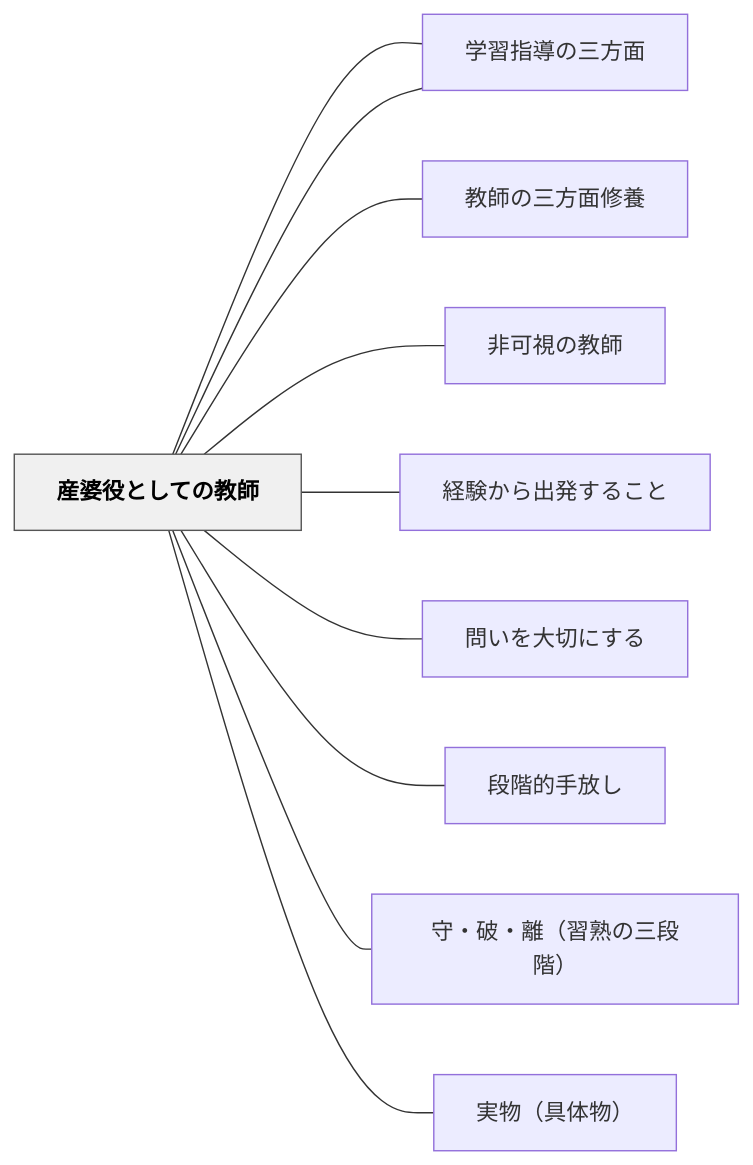
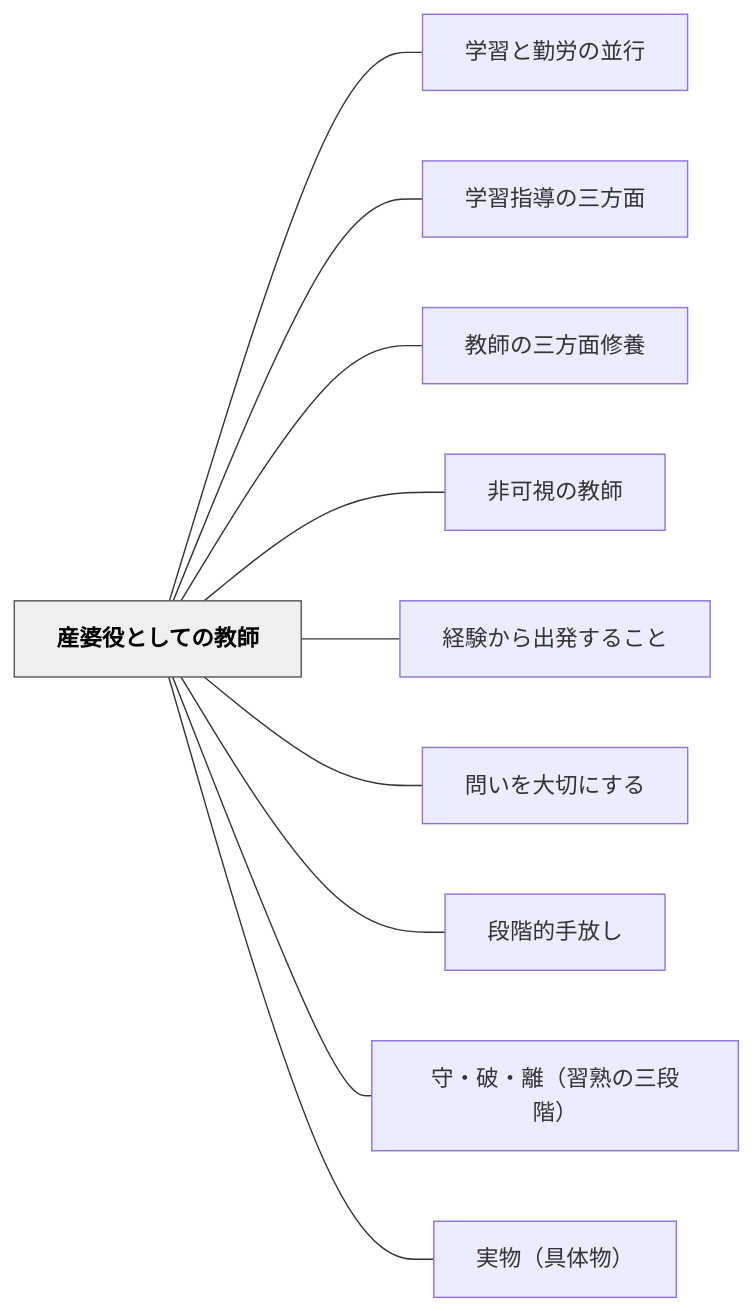
Before and after one commit to unknownthings-ed-patterns/unknownthings-ed-patterns: the diagram in content/パタン/産婆役としての教師.md, drawn with Mermaid. The commit also changed 527 other files, not shown here.

````diff
--- a/content/パタン/産婆役としての教師.md
+++ b/content/パタン/産婆役としての教師.md
@@ -130,26 +130,26 @@
 ```mermaid
 flowchart LR
-    ne794a3e5a986["産婆役としての教師"]
-    ne5ada6e7bf92["学習と勤労の並行"]
-    ne5ada6e7bf92["学習指導の三方面"]
-    ne69599e5b8ab["教師の三方面修養"]
-    ne99d9ee58faf["非可視の教師"]
-    ne7b58ce9a893["経験から出発すること"]
-    ne5958fe38184["問いを大切にする"]
-    ne6aeb5e99a8e["段階的手放し"]
-    ne5ae88e383bb["守・破・離（習熟の三段階）"]
-    ne5ae9fe789a9["実物（具体物）"]
+    ne794a3e5a986e5bdb9e381a8e38197e381a6e381aee69599e5b8ab["産婆役としての教師"]
+    ne5ada6e7bf92e381a8e58ba4e58ab4e381aee4b8a6e8a18c["学習と勤労の並行"]
+    ne5ada6e7bf92e68c87e5b08ee381aee4b889e696b9e99da2["学習指導の三方面"]
+    ne69599e5b8abe381aee4b889e696b9e99da2e4bfaee9a48a["教師の三方面修養"]
+    ne99d9ee58fafe8a696e381aee69599e5b8ab["非可視の教師"]
+    ne7b58ce9a893e3818be38289e587bae799bae38199e3828be38193e381a8["経験から出発すること"]
+    ne5958fe38184e38292e5a4a7e58887e381abe38199e3828b["問いを大切にする"]
+    ne6aeb5e99a8ee79a84e6898be694bee38197["段階的手放し"]
+    ne5ae88e383bbe7a0b4e383bbe99ba2efbc88e7bf92e7869fe381aee4b889e6aeb5e99a8eefbc89["守・破・離（習熟の三段階）"]
+    ne5ae9fe789a9efbc88e585b7e4bd93e789a9efbc89["実物（具体物）"]
 
-    ne794a3e5a986 --- ne5ada6e7bf92
-    ne794a3e5a986 --- ne5ada6e7bf92
-    ne794a3e5a986 --- ne69599e5b8ab
-    ne794a3e5a986 --- ne99d9ee58faf
-    ne794a3e5a986 --- ne7b58ce9a893
-    ne794a3e5a986 --- ne5958fe38184
-    ne794a3e5a986 --- ne6aeb5e99a8e
-    ne794a3e5a986 --- ne5ae88e383bb
-    ne794a3e5a986 --- ne5ae9fe789a9
+    ne794a3e5a986e5bdb9e381a8e38197e381a6e381aee69599e5b8ab --- ne5ada6e7bf92e381a8e58ba4e58ab4e381aee4b8a6e8a18c
+    ne794a3e5a986e5bdb9e381a8e38197e381a6e381aee69599e5b8ab --- ne5ada6e7bf92e68c87e5b08ee381aee4b889e696b9e99da2
+    ne794a3e5a986e5bdb9e381a8e38197e381a6e381aee69599e5b8ab --- ne69599e5b8abe381aee4b889e696b9e99da2e4bfaee9a48a
+    ne794a3e5a986e5bdb9e381a8e38197e381a6e381aee69599e5b8ab --- ne99d9ee58fafe8a696e381aee69599e5b8ab
+    ne794a3e5a986e5bdb9e381a8e38197e381a6e381aee69599e5b8ab --- ne7b58ce9a893e3818be38289e587bae799bae38199e3828be38193e381a8
+    ne794a3e5a986e5bdb9e381a8e38197e381a6e381aee69599e5b8ab --- ne5958fe38184e38292e5a4a7e58887e381abe38199e3828b
+    ne794a3e5a986e5bdb9e381a8e38197e381a6e381aee69599e5b8ab --- ne6aeb5e99a8ee79a84e6898be694bee38197
+    ne794a3e5a986e5bdb9e381a8e38197e381a6e381aee69599e5b8ab --- ne5ae88e383bbe7a0b4e383bbe99ba2efbc88e7bf92e7869fe381aee4b889e6aeb5e99a8eefbc89
+    ne794a3e5a986e5bdb9e381a8e38197e381a6e381aee69599e5b8ab --- ne5ae9fe789a9efbc88e585b7e4bd93e789a9efbc89
 
     classDef hub fill:#f0f0f0,stroke:#555,color:#000,font-weight:bold
-    class ne794a3e5a986 hub
+    class ne794a3e5a986e5bdb9e381a8e38197e381a6e381aee69599e5b8ab hub
 ```
````
